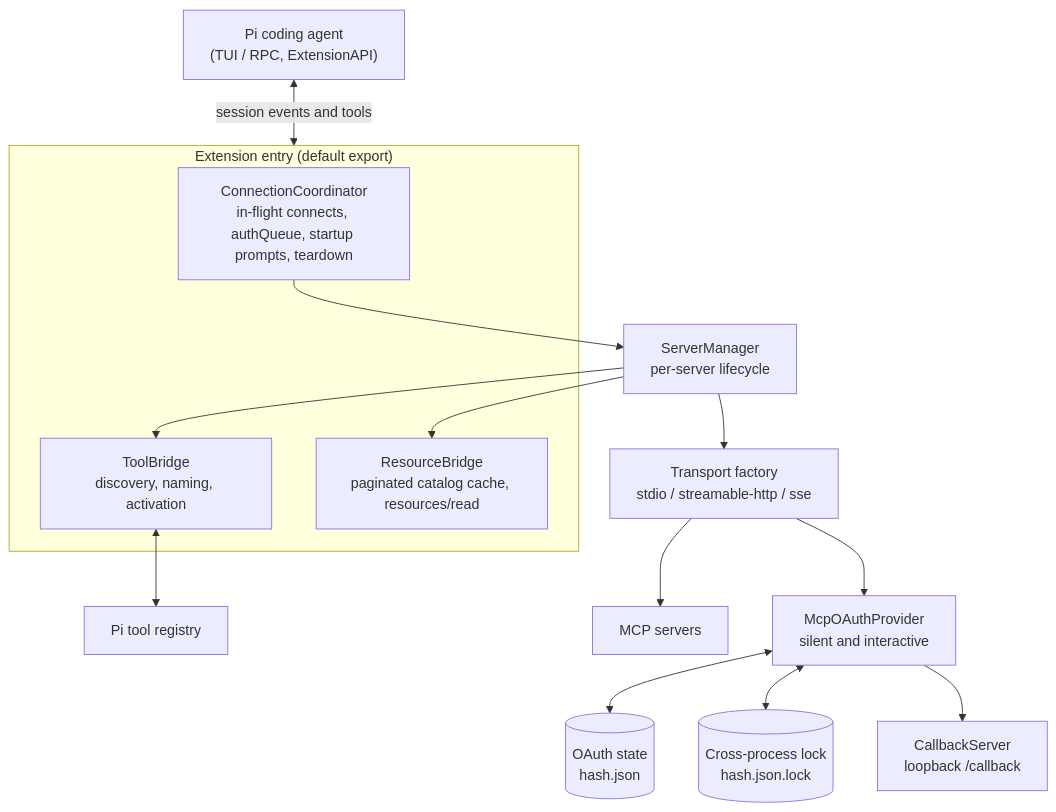
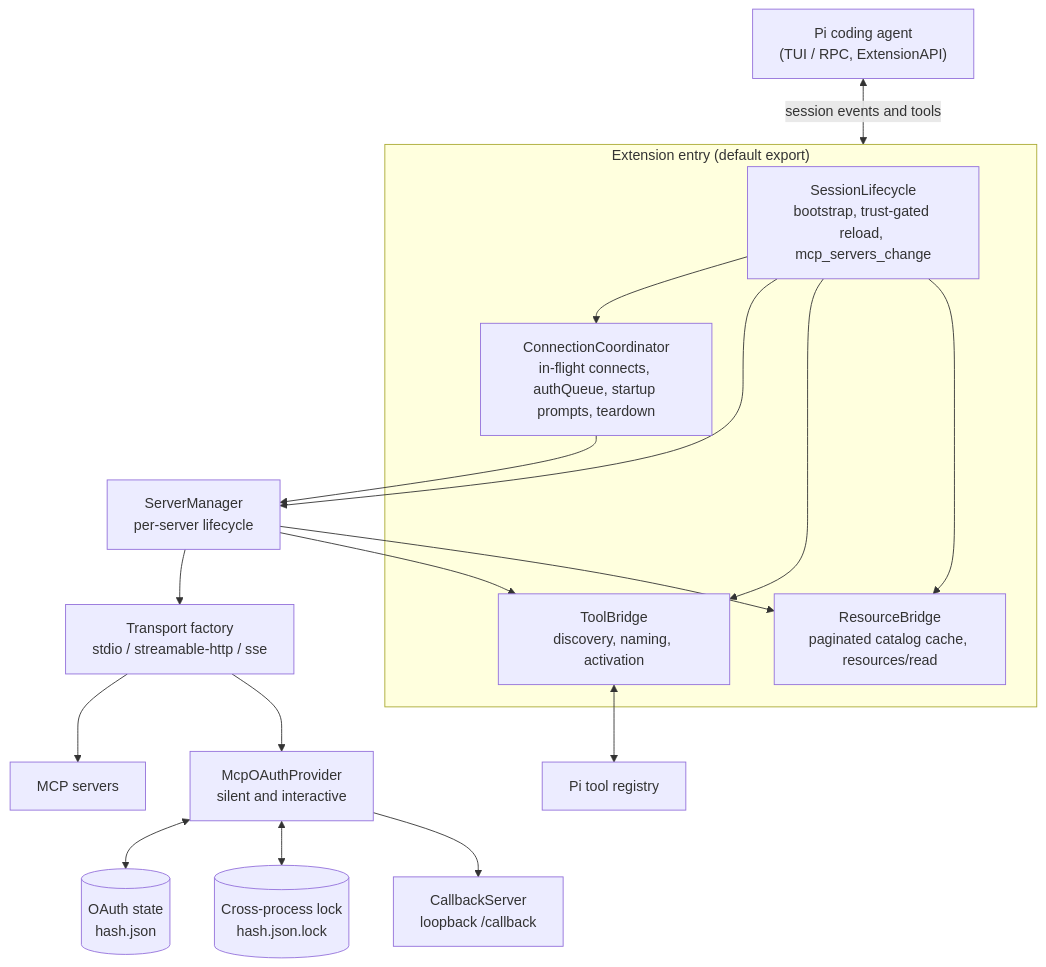
The first of 6 diagrams in docs/ARCHITECTURE.md (irahardianto/pi-mcp-extension), drawn with Mermaid before and after one commit. The commit also changed other lines of this file and 20 other files, not shown here.

````diff
--- a/docs/ARCHITECTURE.md
+++ b/docs/ARCHITECTURE.md
@@ -21,32 +21,37 @@
 ```mermaid
 flowchart TD
     Pi["Pi coding agent<br/>(TUI / RPC, ExtensionAPI)"]
 
     subgraph Entry["Extension entry (default export)"]
+        Life["SessionLifecycle<br/>bootstrap, trust-gated reload, mcp_servers_change"]
         Coord["ConnectionCoordinator<br/>in-flight connects, authQueue, startup prompts, teardown"]
         Bridge["ToolBridge<br/>discovery, naming, activation"]
         Res["ResourceBridge<br/>paginated catalog cache, resources/read"]
     end
 
     Mgr["ServerManager<br/>per-server lifecycle"]
     Tp["Transport factory<br/>stdio / streamable-http / sse"]
     Provider["McpOAuthProvider<br/>silent and interactive"]
     Cb["CallbackServer<br/>loopback /callback"]
 
     Registry["Pi tool registry"]
     State[("OAuth state<br/>hash.json")]
     Lock[("Cross-process lock<br/>hash.json.lock")]
     Servers["MCP servers"]
 
     Pi <-->|session events and tools| Entry
+    Life --> Coord
+    Life --> Mgr
+    Life --> Bridge
+    Life --> Res
     Coord --> Mgr
     Mgr --> Tp
     Mgr --> Bridge
     Mgr --> Res
     Tp --> Servers
     Tp --> Provider
     Provider <--> State
     Provider <--> Lock
     Provider --> Cb
     Bridge <--> Registry
 ```
````
